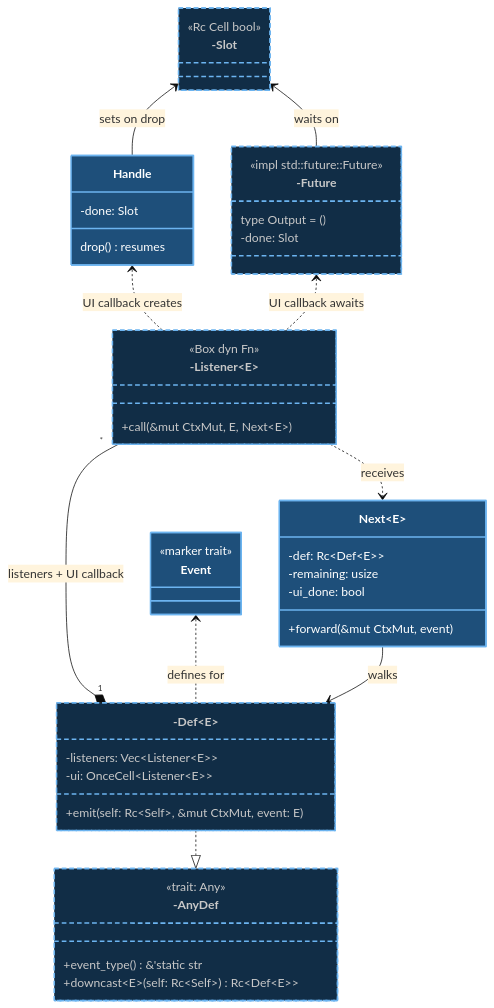
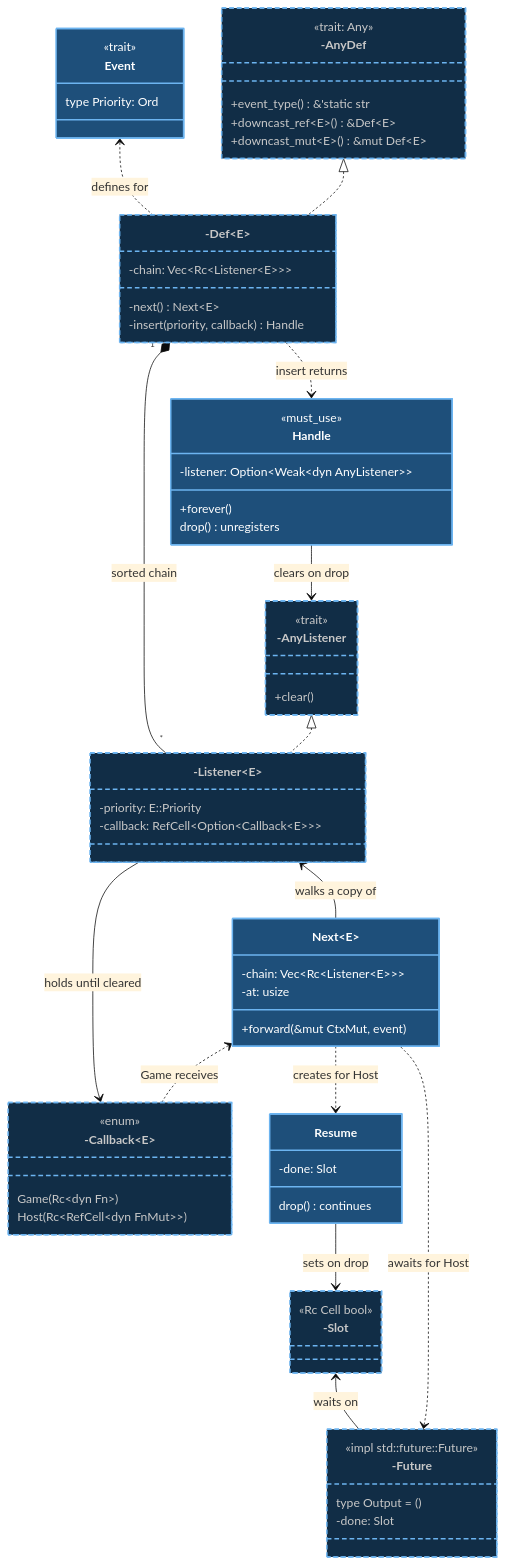
One commit to andrewtc/posturn changed the fourth of 5 diagrams in book/src/next_turn/plan/types.md. Above: the diagram before and after it, drawn with Mermaid (base theme). The commit also changed other lines of this file and 10 other files, not shown here.

First line of the commit message:
Redesign listeners around priorities, handles, and one shared chain (#4)

````diff
--- a/book/src/next_turn/plan/types.md
+++ b/book/src/next_turn/plan/types.md
@@ -233,5 +249,5 @@
 ```mermaid
-%%{init: {"class": {"nodeSpacing": 40, "rankSpacing": 35}}}%%
+%%{init: {"class": {"nodeSpacing": 25, "rankSpacing": 20}}}%%
 classDiagram
     direction TB
 
@@ -241,41 +257,42 @@
     %% means the same thing) were tuned by measuring rendered variants for size and edge crossings. Reordering lines
     %% or flipping arrows here can change the layout noticeably.
 
-    class Next~E~ {
-        -def: Rc#lt;Def#lt;E#gt;#gt;
-        -remaining: usize
-        -ui_done: bool
-        +forward(&mut CtxMut, event)
-    }
-
-    class Listener["-Listener#lt;E#gt;"] {
-        <<Box dyn Fn>>
-        +call(&mut CtxMut, E, Next~E~)
-    }
-
-    class Handle {
-        -done: Slot
-        drop() resumes
-    }
-
-    class Event {
-        <<marker trait>>
-    }
-
     class AnyDef["-AnyDef"] {
         <<trait: Any>>
         +event_type() &'static str
-        +downcast~E~(self: Rc#lt;Self#gt;) Rc#lt;Def#lt;E#gt;#gt;
+        +downcast_ref~E~() &Def~E~
+        +downcast_mut~E~() &mut Def~E~
     }
 
     class Slot["-Slot"] {
         <<Rc Cell bool>>
     }
 
-    class Def["-Def#lt;E#gt;"] {
-        -listeners: Vec#lt;Listener#lt;E#gt;#gt;
-        -ui: OnceCell#lt;Listener#lt;E#gt;#gt;
-        +emit(self: Rc#lt;Self#gt;, &mut CtxMut, event: E)
+    class Listener["-Listener#lt;E#gt;"] {
+        -priority: E::Priority
+        -callback: RefCell#lt;Option#lt;Callback#lt;E#gt;#gt;#gt;
+    }
+
+    class Handle {
+        <<must_use>>
+        -listener: Option#lt;Weak#lt;dyn AnyListener#gt;#gt;
+        +forever()
+        drop() unregisters
+    }
+
+    class Event {
+        <<trait>>
+        type Priority: Ord
+    }
+
+    class AnyListener["-AnyListener"] {
+        <<trait>>
+        +clear()
+    }
+
+    class Resume {
+        -done: Slot
+        drop() continues
     }
 
     class Future["-Future"] {
@@ -284,22 +301,47 @@
         -done: Slot
     }
 
-    Listener "*" --* "1" Def : listeners + UI callback
-    Slot <-- Handle : sets on drop
+    class Next~E~ {
+        -chain: Vec#lt;Rc#lt;Listener#lt;E#gt;#gt;#gt;
+        -at: usize
+        +forward(&mut CtxMut, event)
+    }
+
+    class Callback["-Callback#lt;E#gt;"] {
+        <<enum>>
+        Game(Rc#lt;dyn Fn#gt;)
+        Host(Rc#lt;RefCell#lt;dyn FnMut#gt;#gt;)
+    }
+
+    class Def["-Def#lt;E#gt;"] {
+        -chain: Vec#lt;Rc#lt;Listener#lt;E#gt;#gt;#gt;
+        -next() Next~E~
+        -insert(priority, callback) Handle
+    }
+
+    Event <.. Def : defines for
+    Listener --> Callback : holds until cleared
     Slot <-- Future : waits on
-    Handle <.. Listener : UI callback creates
-    Listener ..> Next : receives
-    Event <.. Def : defines for
-    Def ..|> AnyDef
-    Future <.. Listener : UI callback awaits
-    Next --> Def : walks
+    Listener <-- Next : walks a copy of
+    Future <.. Next : awaits for Host
+    Next <.. Callback : Game receives
+    Next ..> Resume : creates for Host
+    Handle --> AnyListener : clears on drop
+    Resume --> Slot : sets on drop
+    Def "1" *-- "*" Listener : sorted chain
+    AnyListener <|.. Listener
+    Def ..> Handle : insert returns
+    AnyDef <|.. Def
 
     style Event fill:#1e4f7a,stroke:#6cb4f0,stroke-width:2px,color:#ffffff
+    style Handle fill:#1e4f7a,stroke:#6cb4f0,stroke-width:2px,color:#ffffff
+    style Next fill:#1e4f7a,stroke:#6cb4f0,stroke-width:2px,color:#ffffff
+    style Resume fill:#1e4f7a,stroke:#6cb4f0,stroke-width:2px,color:#ffffff
+    style Def fill:#112d46,stroke:#6cb4f0,stroke-width:2px,stroke-dasharray:6 4,color:#c8c8c8
     style AnyDef fill:#112d46,stroke:#6cb4f0,stroke-width:2px,stroke-dasharray:6 4,color:#c8c8c8
-    style Def fill:#112d46,stroke:#6cb4f0,stroke-width:2px,stroke-dasharray:6 4,color:#c8c8c8
     style Listener fill:#112d46,stroke:#6cb4f0,stroke-width:2px,stroke-dasharray:6 4,color:#c8c8c8
-    style Next fill:#1e4f7a,stroke:#6cb4f0,stroke-width:2px,color:#ffffff
-    style Handle fill:#1e4f7a,stroke:#6cb4f0,stroke-width:2px,color:#ffffff
+    style AnyListener fill:#112d46,stroke:#6cb4f0,stroke-width:2px,stroke-dasharray:6 4,color:#c8c8c8
+    style Callback fill:#112d46,stroke:#6cb4f0,stroke-width:2px,stroke-dasharray:6 4,color:#c8c8c8
+    style Slot fill:#112d46,stroke:#6cb4f0,stroke-width:2px,stroke-dasharray:6 4,color:#c8c8c8
     style Future fill:#112d46,stroke:#6cb4f0,stroke-width:2px,stroke-dasharray:6 4,color:#c8c8c8
-    style Slot fill:#112d46,stroke:#6cb4f0,stroke-width:2px,stroke-dasharray:6 4,color:#c8c8c8
 ```
````
